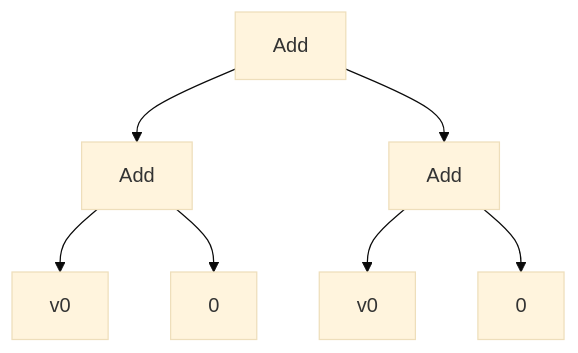
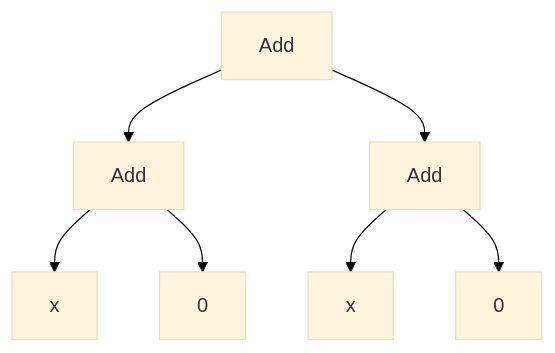
One commit to dalvescb/AltSharingInEDSL_Paper changed the first of 2 diagrams in presentation/presentation.org. Above: the diagram before and after it, drawn with Mermaid (base theme). The commit also changed other lines of this file and 2 other files, not shown here.

```diff
--- a/presentation/presentation.org
+++ b/presentation/presentation.org
@@ -81,9 +92,9 @@
-#+begin_src mermaid :file AST.png
+#+begin_src mermaid :file AST0.png
 graph TB;
-    Add0[Add]-->V0[v0]
+    Add0[Add]-->V0[x]
     Add0-->C0[0]
-    Add1[Add]-->V1[v0]
+    Add1[Add]-->V1[x]
     Add1-->C1[0]
     Add2[Add]-->Add0
     Add2-->Add1
 #+end_src
```
